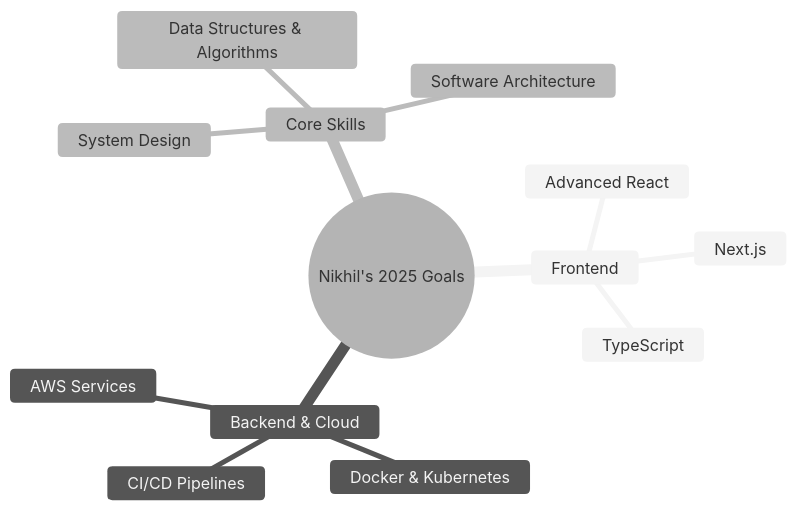
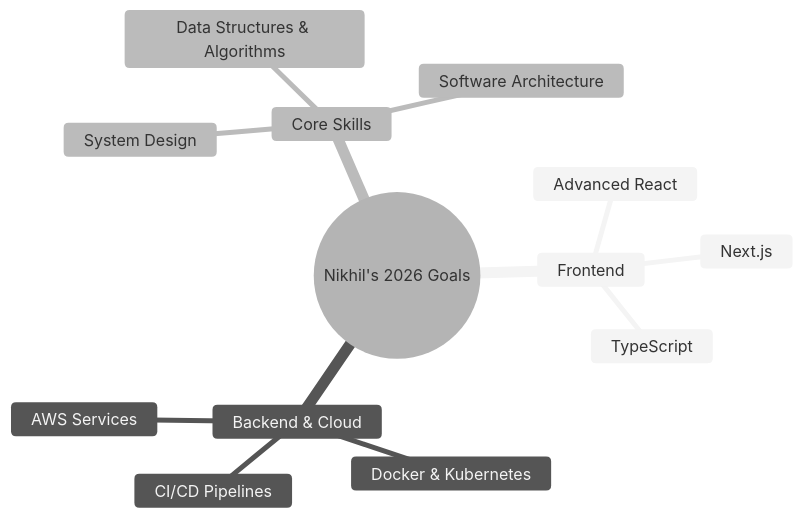
The diagram in README.md (nikhilkeshavmali/nikhilkeshavmali), drawn with Mermaid (neutral theme) before and after one commit.

````diff
--- a/README.md
+++ b/README.md
@@ -145,16 +145,16 @@
 ```mermaid
 mindmap
-  root((Nikhil's 2025 Goals))
+  root((Nikhil's 2026 Goals))
     Frontend
       Advanced React
       Next.js
       TypeScript
     Backend & Cloud
       AWS Services
       Docker & Kubernetes
       CI/CD Pipelines
     Core Skills
       System Design
       Data Structures & Algorithms
       Software Architecture
 ```
````
